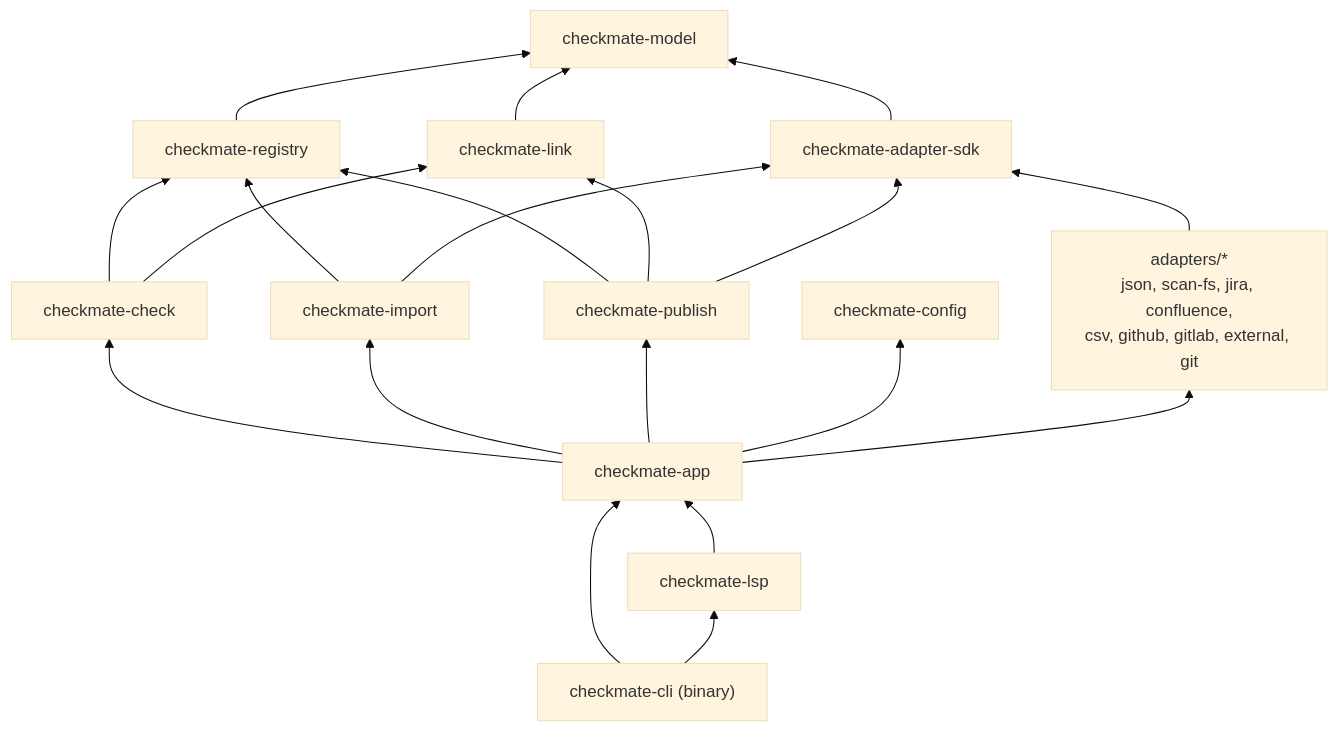
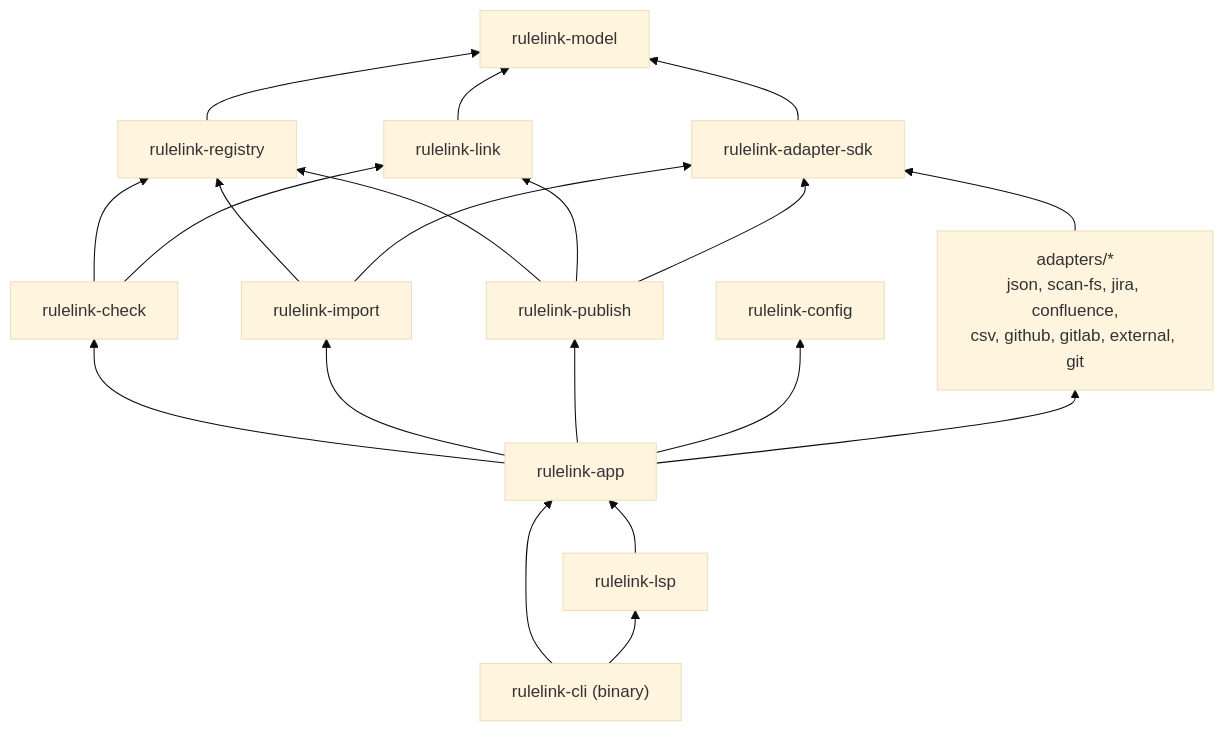
One commit to E-Jacques/Rulelink changed the third of 7 diagrams in docs/architecture/00-global-architecture.md. Above: the diagram before and after it, drawn with Mermaid (base theme). The commit also changed other lines of this file and 126 other files, not shown here.

First line of the commit message:
chore: rename the project from Checkmate to Rulelink (#6)

````diff
--- a/docs/architecture/00-global-architecture.md
+++ b/docs/architecture/00-global-architecture.md
@@ -169,31 +169,31 @@
 ```mermaid
 flowchart BT
-    model["checkmate-model"]
-    registry["checkmate-registry"]
-    sdk["checkmate-adapter-sdk"]
-    link["checkmate-link"]
-    check["checkmate-check"]
-    import["checkmate-import"]
-    publish["checkmate-publish"]
-    config["checkmate-config"]
-    app["checkmate-app"]
+    model["rulelink-model"]
+    registry["rulelink-registry"]
+    sdk["rulelink-adapter-sdk"]
+    link["rulelink-link"]
+    check["rulelink-check"]
+    import["rulelink-import"]
+    publish["rulelink-publish"]
+    config["rulelink-config"]
+    app["rulelink-app"]
     adapters["adapters/*<br/>json, scan-fs, jira, confluence,<br/>csv, github, gitlab, external, git"]
-    cli["checkmate-cli (binary)"]
-    lsp["checkmate-lsp"]
+    cli["rulelink-cli (binary)"]
+    lsp["rulelink-lsp"]
 
     registry --> model
     sdk --> model
     link --> model
     check --> registry
     check --> link
     import --> registry
     import --> sdk
     publish --> registry
     publish --> link
     publish --> sdk
     adapters --> sdk
     app --> check & import & publish & config
     app --> adapters
     lsp --> app
     cli --> app & lsp
 ```
````
